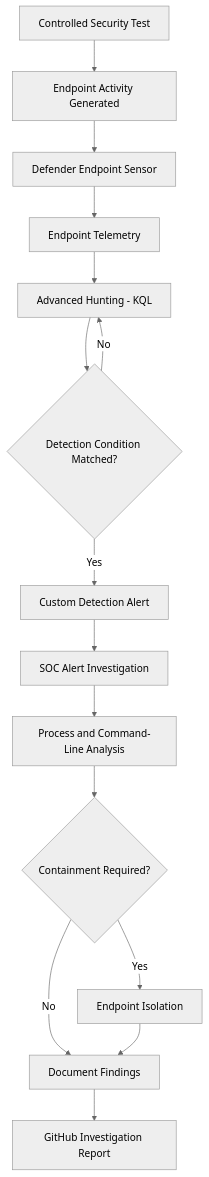
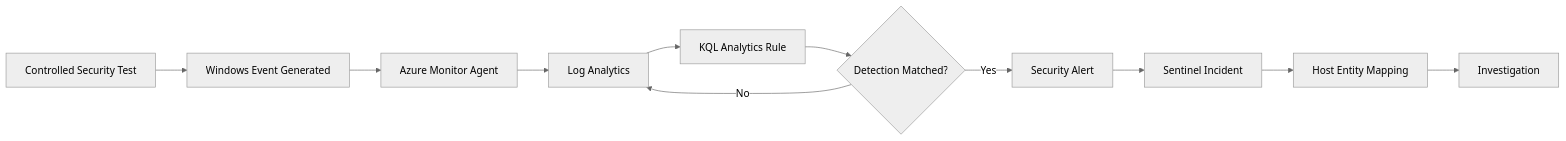
The second of 2 diagrams in README.md (CyberAmal/microsoft-sentinel-cloud-soc), drawn with Mermaid (neutral theme) before and after one commit. The commit also changed other lines of this file, not shown here.

````diff
--- a/README.md
+++ b/README.md
@@ -86,31 +90,24 @@
 ```mermaid
-flowchart TD
+flowchart LR
     A["Controlled Security Test"]
-    B["Endpoint Activity Generated"]
-    C["Defender Endpoint Sensor"]
-    D["Endpoint Telemetry"]
-    E["Advanced Hunting - KQL"]
-    F{"Detection Condition Matched?"}
-    G["Custom Detection Alert"]
-    H["SOC Alert Investigation"]
-    I["Process and Command-Line Analysis"]
-    J{"Containment Required?"}
-    K["Endpoint Isolation"]
-    L["Document Findings"]
-    M["GitHub Investigation Report"]
+    B["Windows Event Generated"]
+    C["Azure Monitor Agent"]
+    D["Log Analytics"]
+    E["KQL Analytics Rule"]
+    F{"Detection Matched?"}
+    G["Security Alert"]
+    H["Sentinel Incident"]
+    I["Host Entity Mapping"]
+    J["Investigation"]
 
     A --> B
     B --> C
     C --> D
     D --> E
     E --> F
     F -->|Yes| G
-    F -->|No| E
+    F -->|No| D
     G --> H
     H --> I
     I --> J
-    J -->|Yes| K
-    J -->|No| L
-    K --> L
-    L --> M
 ```
````
